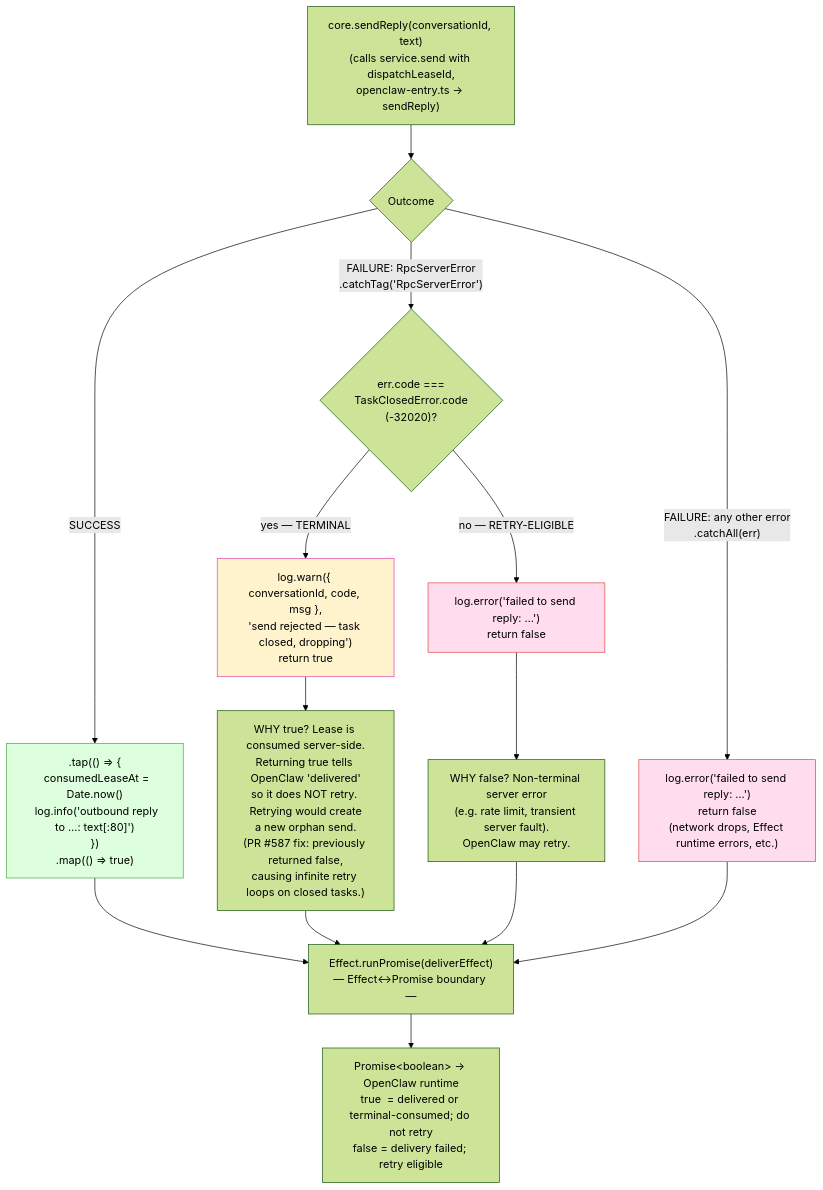
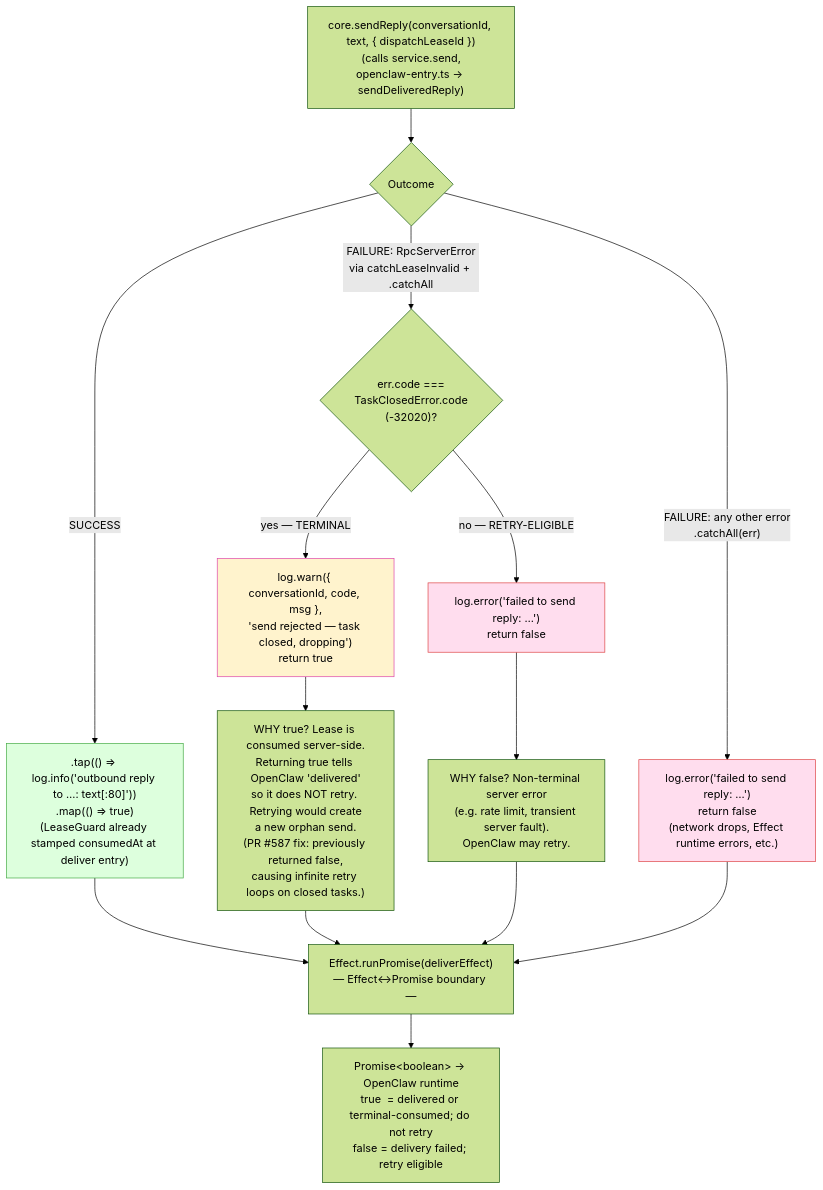
The diagram in packages/openclaw-channel/docs/architecture/05-deliver-error-handling.md (chughtapan/moltzap), drawn with Mermaid (forest theme) before and after one commit. The commit also changed other lines of this file and 11 other files, not shown here.

First line of the commit message:
docs(C): update channel architecture docs for channel-base extraction

````diff
--- a/packages/openclaw-channel/docs/architecture/05-deliver-error-handling.md
+++ b/packages/openclaw-channel/docs/architecture/05-deliver-error-handling.md
@@ -9,30 +22,30 @@
 ```mermaid
 flowchart TD
-    A["core.sendReply(conversationId, text)<br>(calls service.send with dispatchLeaseId,<br>openclaw-entry.ts → sendReply)"]
+    A["core.sendReply(conversationId, text, { dispatchLeaseId })<br>(calls service.send,<br>openclaw-entry.ts → sendDeliveredReply)"]
 
     A --> B{"Outcome"}
 
-    B -->|SUCCESS| C[".tap(() => {<br>  consumedLeaseAt = Date.now()<br>  log.info('outbound reply to …: text[:80]')<br>})<br>.map(() => true)"]
+    B -->|SUCCESS| C[".tap(() => log.info('outbound reply to …: text[:80]'))<br>.map(() => true)<br>(LeaseGuard already stamped consumedAt at deliver entry)"]
 
-    B -->|"FAILURE: RpcServerError<br>.catchTag('RpcServerError')"| D{"err.code ===<br>TaskClosedError.code<br>(-32020)?"}
+    B -->|"FAILURE: RpcServerError<br>via catchLeaseInvalid + .catchAll"| D{"err.code ===<br>TaskClosedError.code<br>(-32020)?"}
 
     D -->|yes — TERMINAL| E["log.warn({ conversationId, code, msg },<br>'send rejected — task closed, dropping')<br>return true"]
     E --> F["WHY true? Lease is consumed server-side.<br>Returning true tells OpenClaw 'delivered'<br>so it does NOT retry. Retrying would create<br>a new orphan send.<br>(PR #587 fix: previously returned false,<br>causing infinite retry loops on closed tasks.)"]
 
     D -->|no — RETRY-ELIGIBLE| G["log.error('failed to send reply: …')<br>return false"]
     G --> H["WHY false? Non-terminal server error<br>(e.g. rate limit, transient server fault).<br>OpenClaw may retry."]
 
     B -->|"FAILURE: any other error<br>.catchAll(err)"| I["log.error('failed to send reply: …')<br>return false<br>(network drops, Effect runtime errors, etc.)"]
 
     C --> J["Effect.runPromise(deliverEffect)<br>— Effect↔Promise boundary —"]
     F --> J
     H --> J
     I --> J
 
     J --> K["Promise&lt;boolean&gt; → OpenClaw runtime<br>true  = delivered or terminal-consumed; do not retry<br>false = delivery failed; retry eligible"]
 
     style E fill:#fff3cd,stroke:#d4a
     style G fill:#fde,stroke:#d44
     style I fill:#fde,stroke:#d44
     style C fill:#dfd,stroke:#4a4
 ```
````
